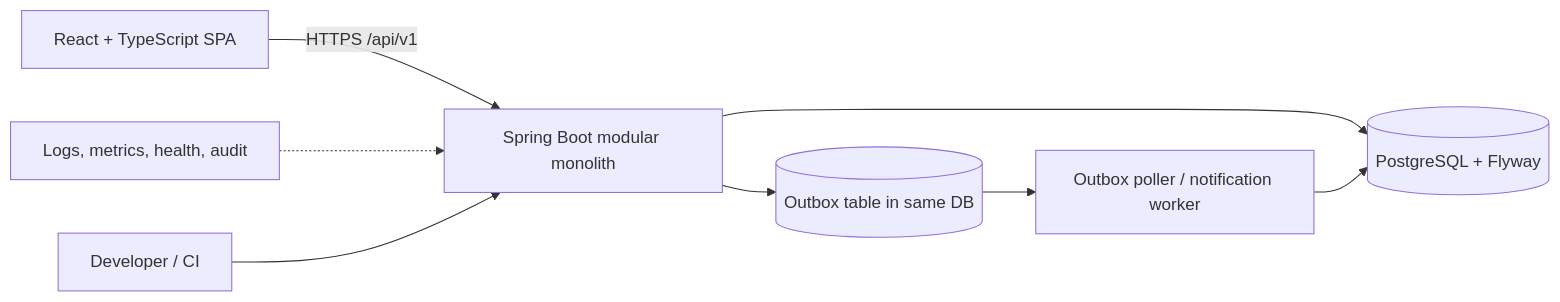
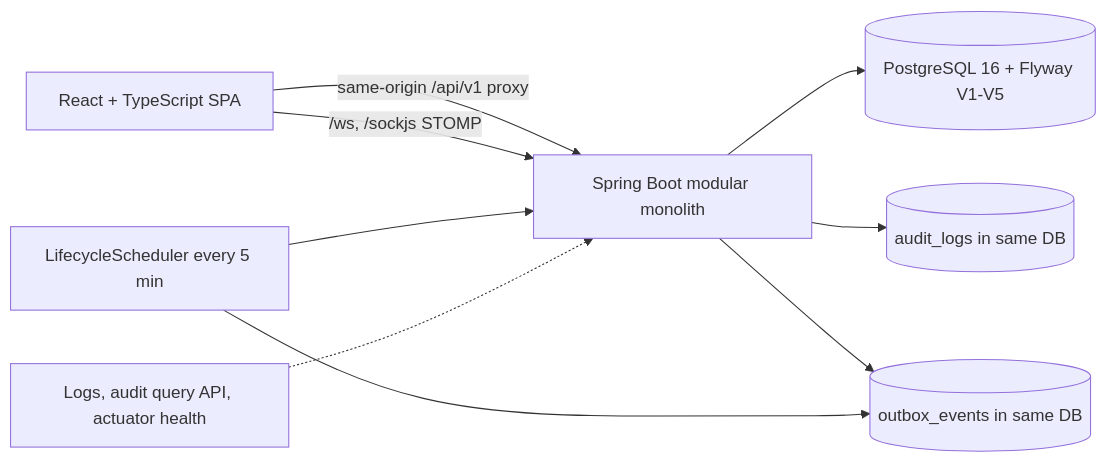
The first of 4 diagrams in project/docs/architecture/SYSTEM_ARCHITECTURE.md (karkalashivareddy/Advanced-Object-Oriented-Programming-Project), drawn with Mermaid before and after one commit. The commit also changed other lines of this file and 25 other files, not shown here.

````diff
--- a/project/docs/architecture/SYSTEM_ARCHITECTURE.md
+++ b/project/docs/architecture/SYSTEM_ARCHITECTURE.md
@@ -13,10 +24,11 @@
 ```mermaid
 flowchart LR
-    UI[React + TypeScript SPA] -->|HTTPS /api/v1| API[Spring Boot modular monolith]
-    API --> PG[(PostgreSQL + Flyway)]
-    API --> OUT[(Outbox table in same DB)]
-    OUT --> W[Outbox poller / notification worker]
-    W --> PG
-    OBS[Logs, metrics, health, audit] -.-> API
-    DEV[Developer / CI] --> API
+    UI[React + TypeScript SPA] -->|same-origin /api/v1 proxy| API[Spring Boot modular monolith]
+    UI -->|/ws, /sockjs STOMP| API
+    API --> PG[(PostgreSQL 16 + Flyway V1-V5)]
+    API --> AUDIT[(audit_logs in same DB)]
+    API --> OUT[(outbox_events in same DB)]
+    S[LifecycleScheduler every 5 min] --> OUT
+    S --> API
+    OBS[Logs, audit query API, actuator health] -.-> API
 ```
````
